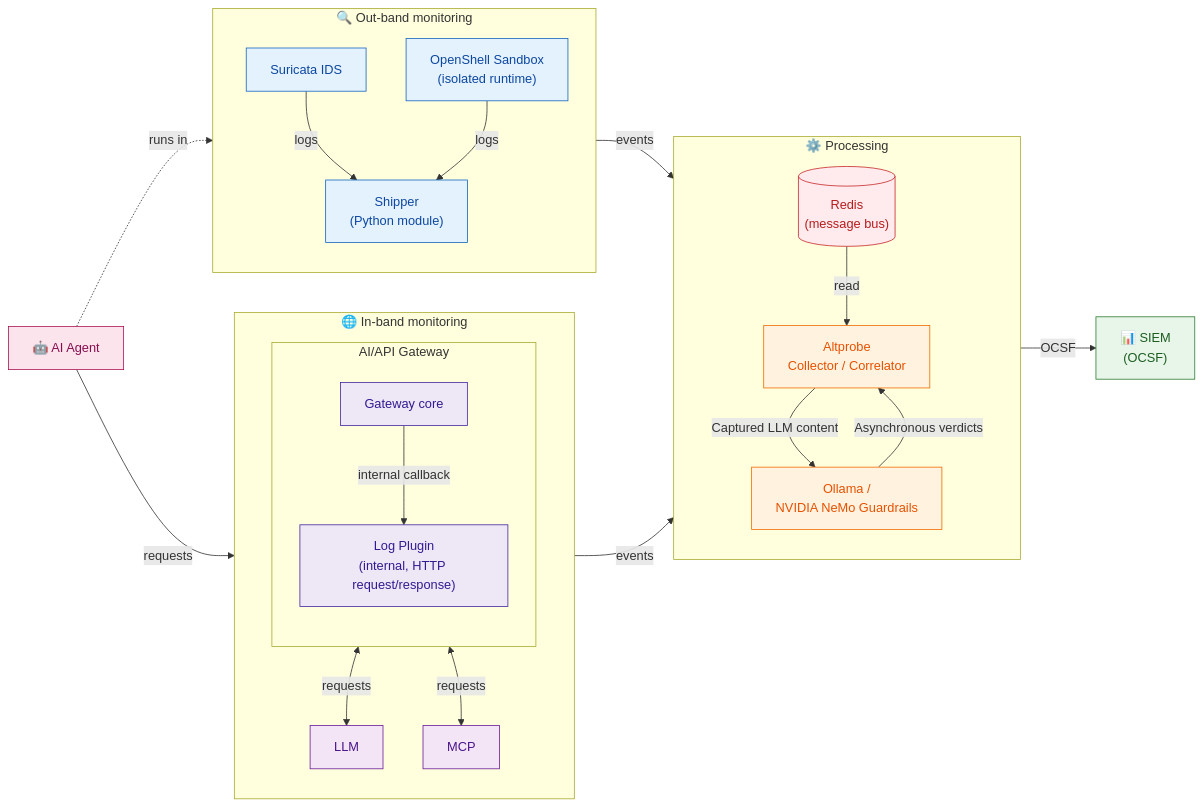
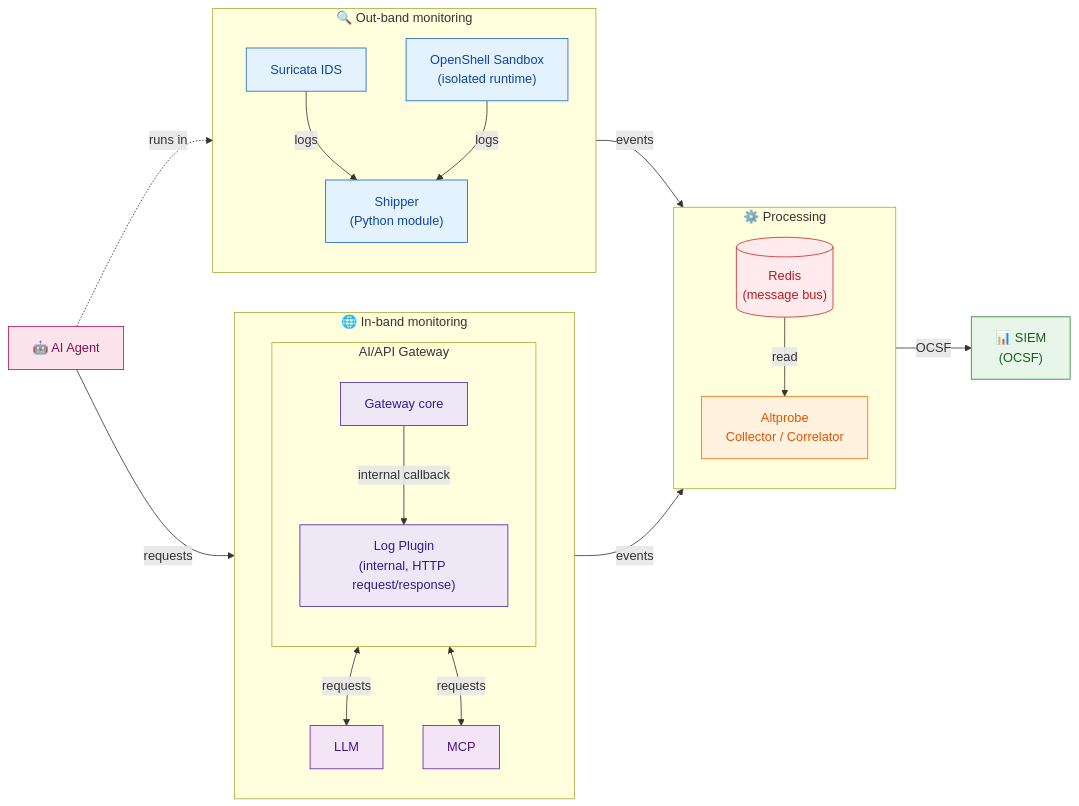
Before and after one commit to olegzhr/altprobe: the first of 2 diagrams in README.md, drawn with Mermaid.

````diff
--- a/README.md
+++ b/README.md
@@ -16,64 +16,61 @@
 ```mermaid
 flowchart LR
     AGENT["🤖 AI Agent"]
 
     subgraph INBAND["🌐 In-band monitoring"]
         direction TB
         subgraph GWNODE["AI/API Gateway"]
             direction TB
             GW["Gateway core"]
             PLUG["Log Plugin<br/>(internal, HTTP request/response)"]
             GW -->|internal callback| PLUG
         end
         LLM["LLM"]
         MCP["MCP"]
         GW <-->|requests| LLM
         GW <-->|requests| MCP
     end
 
     subgraph OUTBAND["🔍 Out-band monitoring"]
         direction TB
         SBX["OpenShell Sandbox<br/>(isolated runtime)"]
         SUR["Suricata IDS"]
         SHIP["Shipper<br/>(Python module)"]
         SUR -->|logs| SHIP
         SBX -->|logs| SHIP
     end
 
     subgraph CORE["⚙️ Processing"]
         direction TB
         REDIS[("Redis<br/>(message bus)")]
         A["Altprobe<br/>Collector / Correlator"]
-        L["Ollama /<br/>NVIDIA NeMo Guardrails"]
     end
 
     SIEM["📊 SIEM<br/>(OCSF)"]
 
     AGENT -->|requests| GW
     AGENT -.->|runs in| SBX
 
     PLUG -->|events| REDIS
     SHIP -->|events| REDIS
 
     REDIS -->|read| A
-    A -->|Captured LLM content| L
-    L -->|Asynchronous verdicts| A
 
     A -->|OCSF| SIEM
 
     classDef agent fill:#fce4ec,stroke:#ad1457,color:#880e4f
     classDef gateway fill:#ede7f6,stroke:#4527a0,color:#311b92
     classDef inband fill:#f3e5f5,stroke:#6a1b9a,color:#4a148c
     classDef outband fill:#e3f2fd,stroke:#1565c0,color:#0d47a1
     classDef bus fill:#ffebee,stroke:#c62828,color:#b71c1c
     classDef core fill:#fff3e0,stroke:#ef6c00,color:#e65100
     classDef sink fill:#e8f5e9,stroke:#2e7d32,color:#1b5e20
 
     class AGENT agent
     class GW,PLUG gateway
     class LLM,MCP inband
     class SBX,SUR,SHIP outband
     class REDIS bus
-    class A,L core
+    class A core
     class SIEM sink
 ```
````
